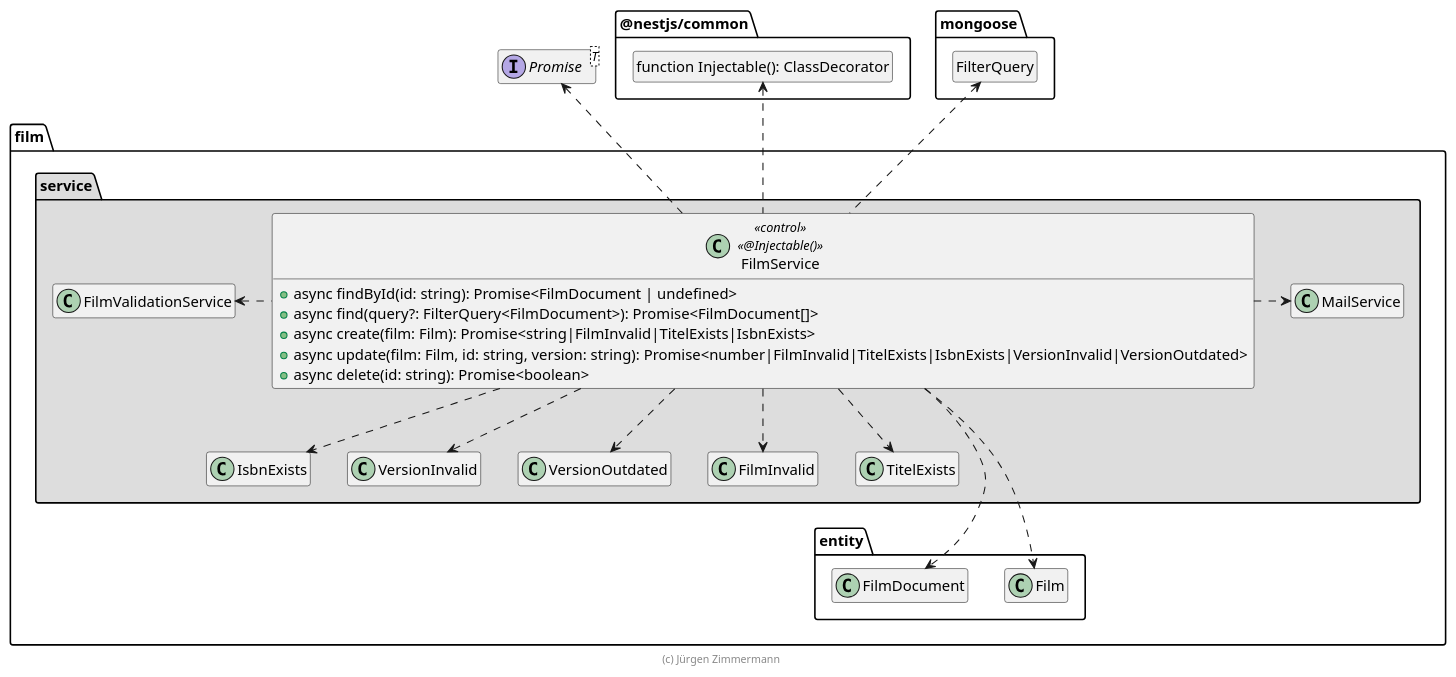
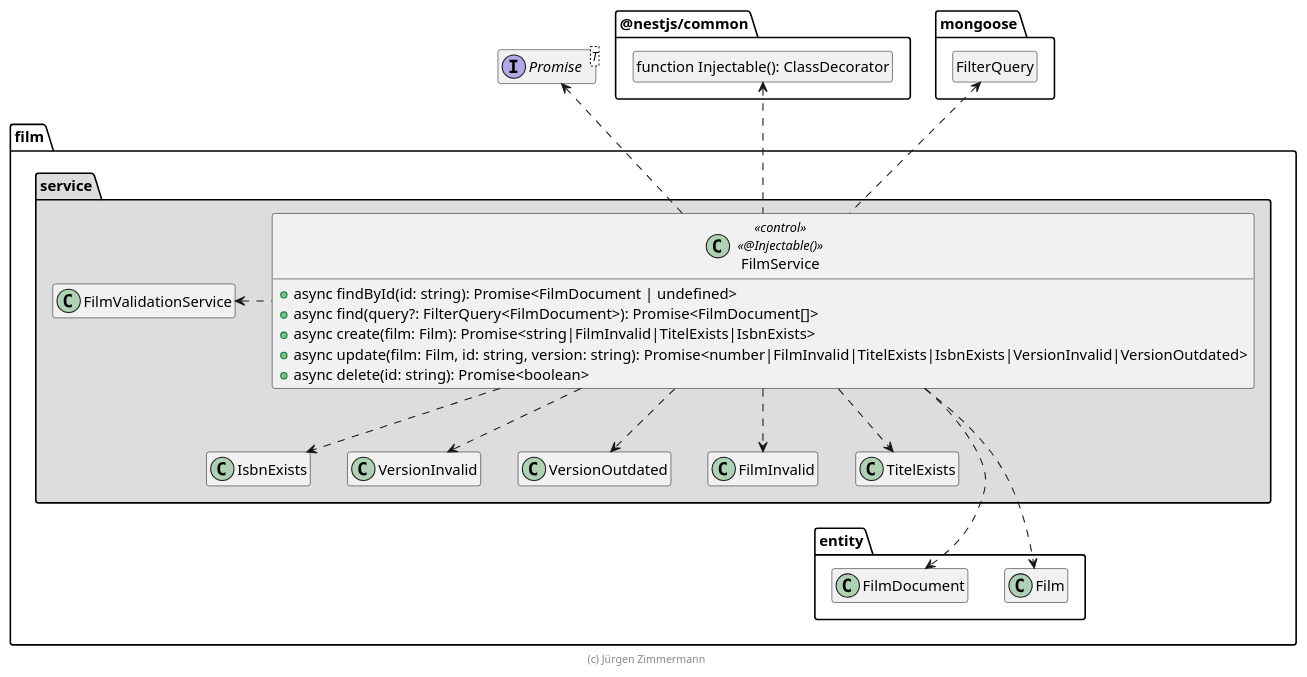
The diagram in extras/doc/entwicklerhandbuch/FilmService.puml (SWEGruppe8/Film), drawn with PlantUML before and after one commit. The commit also changed 3 other files, not shown here.

```diff
--- a/extras/doc/entwicklerhandbuch/FilmService.puml
+++ b/extras/doc/entwicklerhandbuch/FilmService.puml
@@ -1,59 +1,58 @@
 @startuml Anwendungskern
 
 interface Promise<T>
 
 package @nestjs/common {
   class "function Injectable(): ClassDecorator" as Injectable
   hide Injectable circle
 }
 
 package mongoose {
   class FilterQuery
   hide FilterQuery circle
 }
 
 
 package film {
   package entity {
     class Film
     class FilmDocument
 
   }
 
   package service #DDDDDD {
     class FilmInvalid
     class TitelExists
     class IsbnExists
     class VersionInvalid
     class VersionOutdated
 
     FilmService .up.> Promise
     FilmService ..> Film
     FilmService ..> FilmDocument
     FilmService .left.> FilmValidationService
     FilmService ..> FilmInvalid
     FilmService ..> TitelExists
     FilmService ..> IsbnExists
     FilmService ..> VersionInvalid
     FilmService ..> VersionOutdated
-    FilmService .right.> MailService
     FilmService .up.> FilterQuery
     FilmService .up.> Injectable
 
     class FilmService << control >> <<@Injectable()>> {
       + async findById(id: string): Promise<FilmDocument | undefined>
       + async find(query?: FilterQuery<FilmDocument>): Promise<FilmDocument[]>
       + async create(film: Film): Promise<string|FilmInvalid|TitelExists|IsbnExists>
       + async update(film: Film, id: string, version: string): Promise<number|FilmInvalid|TitelExists|IsbnExists|VersionInvalid|VersionOutdated>
       + async delete(id: string): Promise<boolean>
     }
 
     VersionOutdated -[hidden]-> FilmDocument
   }
 }
 
 hide empty members
 
 footer (c) Jürgen Zimmermann
 
 @enduml
```
